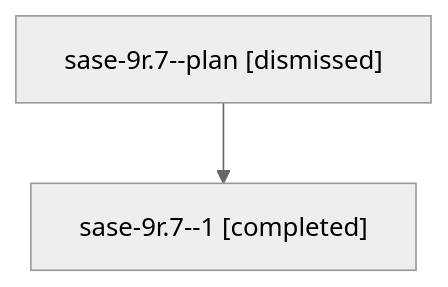
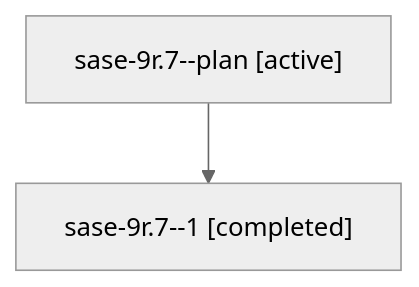
One commit to sase-org/sase--agents changed the diagram in families/bbugyi200.athena.sase-9r.7.md. Above: the diagram before and after it, drawn with Mermaid (neutral theme). The commit also changed other lines of this file and 8679 other files, not shown here.

````diff
--- a/families/bbugyi200.athena.sase-9r.7.md
+++ b/families/bbugyi200.athena.sase-9r.7.md
@@ -9,6 +9,6 @@
 ```mermaid
 flowchart TD
-  n0["sase-9r.7--plan [dismissed]"]
+  n0["sase-9r.7--plan [active]"]
   n1["sase-9r.7--1 [completed]"]
   n0 --> n1
 ```
````
